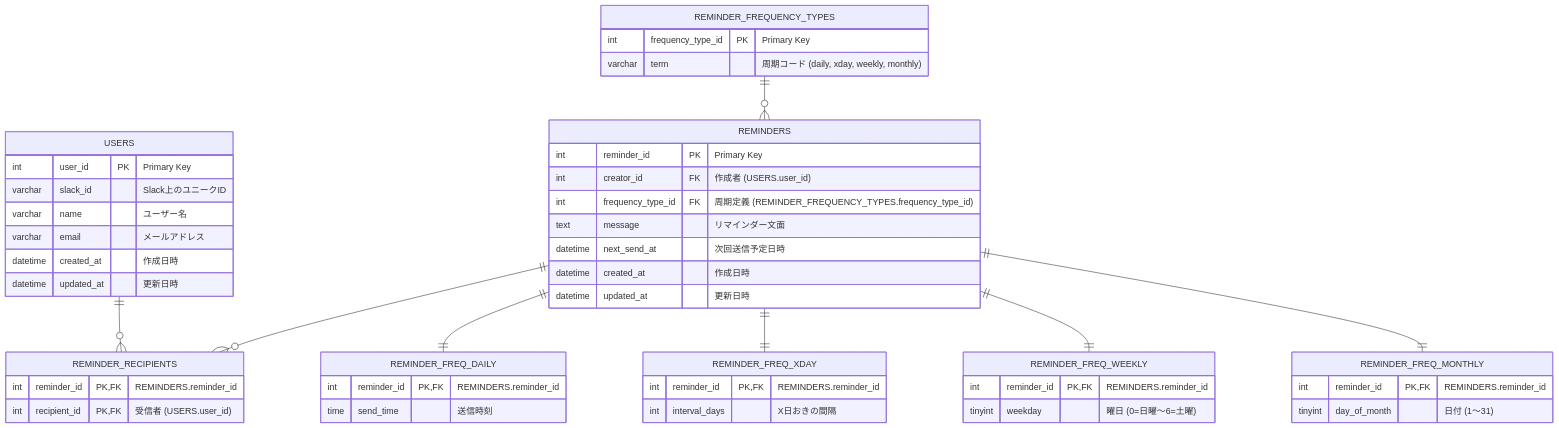
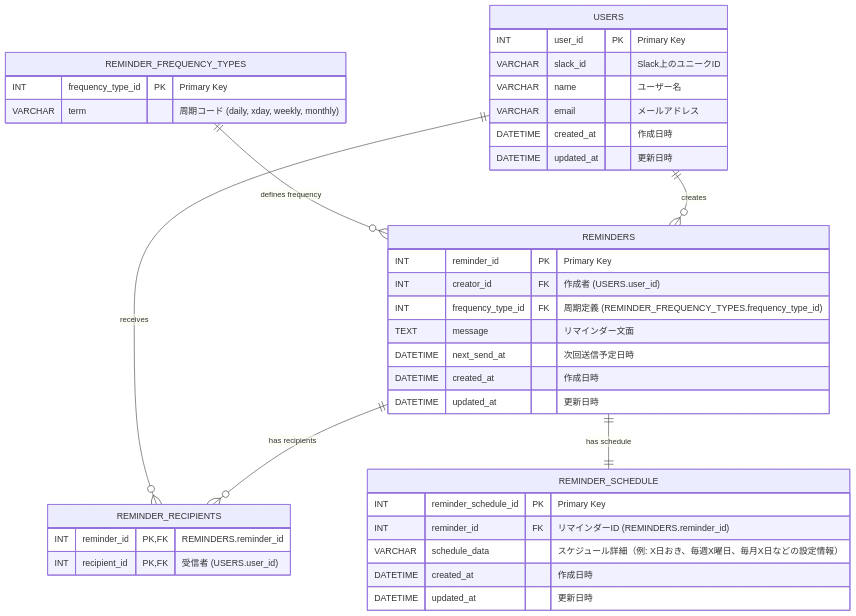
Before and after one commit to ISAWASHUN/PrAhaChallenge: the diagram in データベース設計/課題1.md, drawn with Mermaid. The commit also changed other lines of this file, not shown here.

Commit message:
🐛fix: コメントの部分を修正

````diff
--- a/データベース設計/課題1.md
+++ b/データベース設計/課題1.md
@@ -90,60 +65,45 @@
 ```mermaid
 erDiagram
     USERS {
-      int user_id PK "Primary Key"
-      varchar slack_id "Slack上のユニークID"
-      varchar name "ユーザー名"
-      varchar email "メールアドレス"
-      datetime created_at "作成日時"
-      datetime updated_at "更新日時"
+      INT user_id PK "Primary Key"
+      VARCHAR slack_id "Slack上のユニークID"
+      VARCHAR name "ユーザー名"
+      VARCHAR email "メールアドレス"
+      DATETIME created_at "作成日時"
+      DATETIME updated_at "更新日時"
     }
     
     REMINDER_FREQUENCY_TYPES {
-      int frequency_type_id PK "Primary Key"
-      varchar term "周期コード (daily, xday, weekly, monthly)"
+      INT frequency_type_id PK "Primary Key"
+      VARCHAR term "周期コード (daily, xday, weekly, monthly)"
     }
     
     REMINDERS {
-      int reminder_id PK "Primary Key"
-      int creator_id FK "作成者 (USERS.user_id)"
-      int frequency_type_id FK "周期定義 (REMINDER_FREQUENCY_TYPES.frequency_type_id)"
-      text message "リマインダー文面"
-      datetime next_send_at "次回送信予定日時"
-      datetime created_at "作成日時"
-      datetime updated_at "更新日時"
-    }
-    
-    REMINDER_FREQ_DAILY {
-      int reminder_id PK, FK "REMINDERS.reminder_id"
-      time send_time "送信時刻"
-    }
-    
-    REMINDER_FREQ_XDAY {
-      int reminder_id PK, FK "REMINDERS.reminder_id"
-      int interval_days "X日おきの間隔"
-    }
-    
-    REMINDER_FREQ_WEEKLY {
-      int reminder_id PK, FK "REMINDERS.reminder_id"
-      tinyint weekday "曜日 (0=日曜〜6=土曜)"
-    }
-    
-    REMINDER_FREQ_MONTHLY {
-      int reminder_id PK, FK "REMINDERS.reminder_id"
-      tinyint day_of_month "日付 (1～31)"
+      INT reminder_id PK "Primary Key"
+      INT creator_id FK "作成者 (USERS.user_id)"
+      INT frequency_type_id FK "周期定義 (REMINDER_FREQUENCY_TYPES.frequency_type_id)"
+      TEXT message "リマインダー文面"
+      DATETIME next_send_at "次回送信予定日時"
+      DATETIME created_at "作成日時"
+      DATETIME updated_at "更新日時"
     }
     
     REMINDER_RECIPIENTS {
-      int reminder_id PK, FK "REMINDERS.reminder_id"
-      int recipient_id PK, FK "受信者 (USERS.user_id)"
+      INT reminder_id PK, FK "REMINDERS.reminder_id"
+      INT recipient_id PK, FK "受信者 (USERS.user_id)"
     }
     
-    REMINDER_FREQUENCY_TYPES ||--o{ REMINDERS : ""
-    REMINDERS ||--o{ REMINDER_RECIPIENTS : ""
-    USERS ||--o{ REMINDER_RECIPIENTS : ""
+    REMINDER_SCHEDULE {
+      INT reminder_schedule_id PK "Primary Key"
+      INT reminder_id FK "リマインダーID (REMINDERS.reminder_id)"
+      VARCHAR schedule_data "スケジュール詳細（例: X日おき、毎週X曜日、毎月X日などの設定情報）"
+      DATETIME created_at "作成日時"
+      DATETIME updated_at "更新日時"
+    }
     
-    REMINDERS ||--|| REMINDER_FREQ_DAILY : ""
-    REMINDERS ||--|| REMINDER_FREQ_XDAY : ""
-    REMINDERS ||--|| REMINDER_FREQ_WEEKLY : ""
-    REMINDERS ||--|| REMINDER_FREQ_MONTHLY : ""
+    USERS ||--o{ REMINDERS : "creates"
+    REMINDER_FREQUENCY_TYPES ||--o{ REMINDERS : "defines frequency"
+    REMINDERS ||--o{ REMINDER_RECIPIENTS : "has recipients"
+    USERS ||--o{ REMINDER_RECIPIENTS : "receives"
+    REMINDERS ||--|| REMINDER_SCHEDULE : "has schedule"
 ```
````
